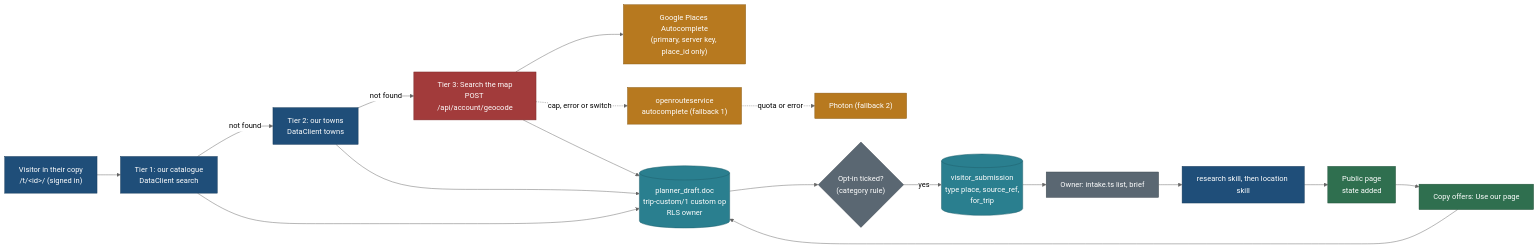
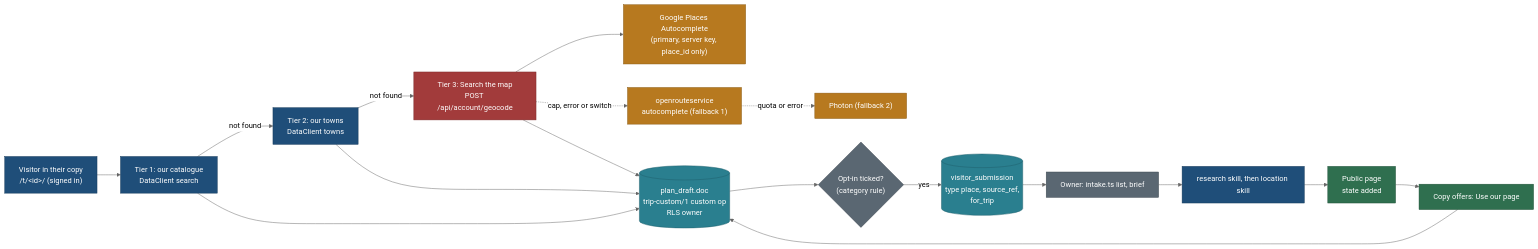
One commit to nitin27may/travel changed the diagram in docs/v2/features/requests-and-custom-places.md. Above: the diagram before and after it, drawn with Mermaid (neutral theme). The commit also changed other lines of this file and 63 other files, not shown here.

First line of the commit message:
refactor(EM-F): rename planner_draft to plan_draft (owner decision)

````diff
--- a/docs/v2/features/requests-and-custom-places.md
+++ b/docs/v2/features/requests-and-custom-places.md
@@ -71,36 +71,36 @@
 ```mermaid
 flowchart LR
   classDef core fill:#1F4E79,stroke:#163A5A,color:#FFFFFF
   classDef data fill:#2A7F8F,stroke:#1E5F6B,color:#FFFFFF
   classDef ext fill:#B7791F,stroke:#8A5A12,color:#FFFFFF
   classDef ok fill:#2F6F4F,stroke:#1F4F37,color:#FFFFFF
   classDef sec fill:#A23B3B,stroke:#7A2B2B,color:#FFFFFF
   classDef infra fill:#5A6772,stroke:#3E4850,color:#FFFFFF
 
   V["Visitor in their copy<br/>/t/&lt;id&gt;/ (signed in)"]:::core
   P1["Tier 1: our catalogue<br/>DataClient search"]:::core
   P2["Tier 2: our towns<br/>DataClient towns"]:::core
   P3["Tier 3: Search the map<br/>POST /api/account/geocode"]:::sec
   GG["Google Places Autocomplete<br/>(primary, server key, place_id only)"]:::ext
   ORS["openrouteservice<br/>autocomplete (fallback 1)"]:::ext
   PH["Photon (fallback 2)"]:::ext
-  C[("planner_draft.doc<br/>trip-custom/1 custom op<br/>RLS owner")]:::data
+  C[("plan_draft.doc<br/>trip-custom/1 custom op<br/>RLS owner")]:::data
   O{"Opt-in ticked?<br/>(category rule)"}:::infra
   S[("visitor_submission<br/>type place, source_ref,<br/>for_trip")]:::data
   Q["Owner: intake.ts list, brief"]:::infra
   R["research skill, then location skill"]:::core
   A["Public page<br/>state added"]:::ok
   U["Copy offers: Use our page"]:::ok
 
   V --> P1
   P1 -- "not found" --> P2
   P2 -- "not found" --> P3
   P3 --> GG
   P3 -. "cap, error or switch" .-> ORS
   ORS -. "quota or error" .-> PH
   P1 --> C
   P2 --> C
   P3 --> C
   C --> O
   O -- yes --> S --> Q --> R --> A --> U --> C
 ```
````
